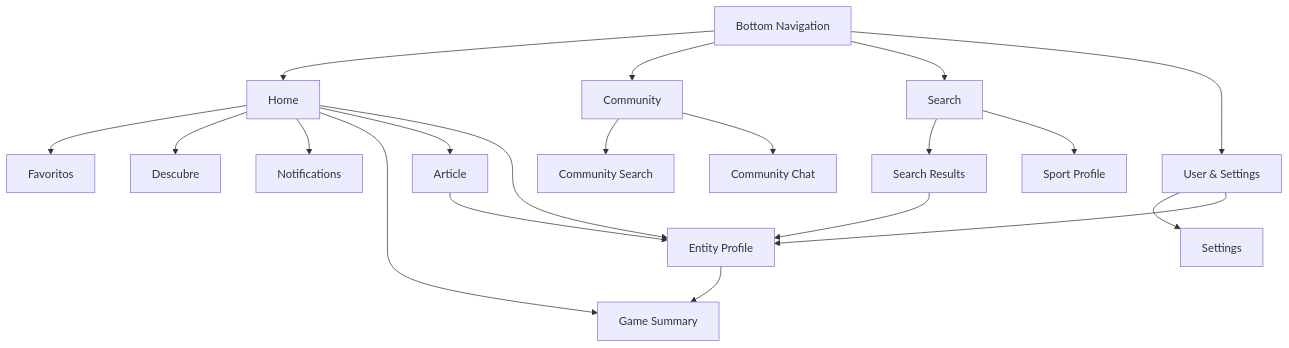
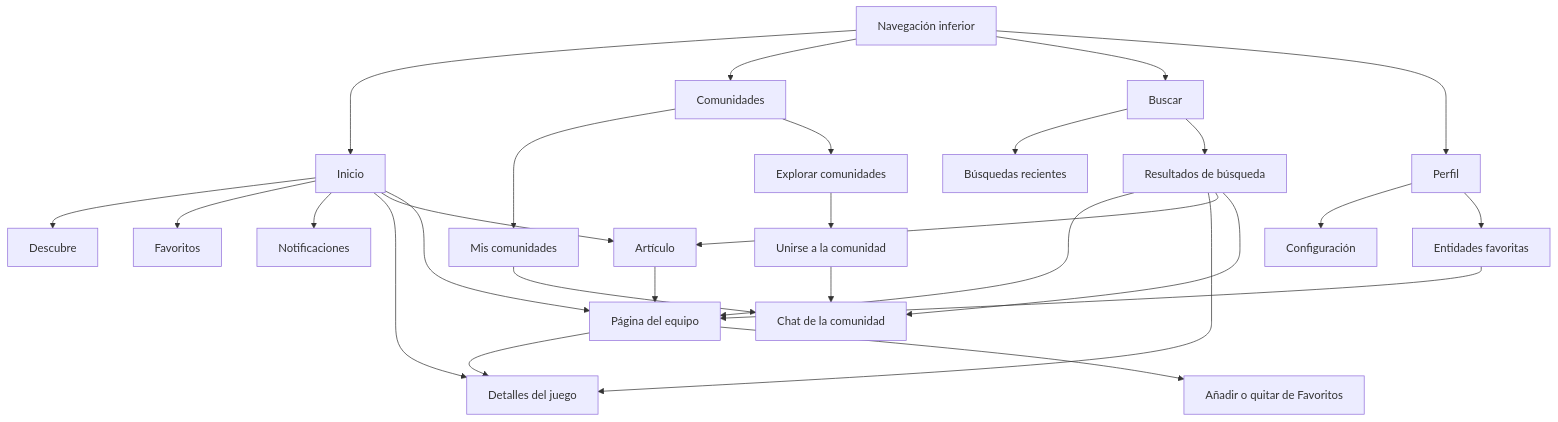
One commit to ernestosoto3/TDA changed the diagram in documentation/product/navigation_structure.md. Above: the diagram before and after it, drawn with Mermaid. The commit also changed other lines of this file and 18 other files, not shown here.

````diff
--- a/documentation/product/navigation_structure.md
+++ b/documentation/product/navigation_structure.md
@@ -12,29 +16,37 @@
 ```mermaid
 flowchart TD
-    Navigation["Bottom Navigation"]
+    Navigation["Navegación inferior"]
 
-    Navigation --> Home["Home"]
-    Navigation --> Community["Community"]
-    Navigation --> Search["Search"]
-    Navigation --> UserSettings["User & Settings"]
+    Navigation --> Home["Inicio"]
+    Navigation --> Community["Comunidades"]
+    Navigation --> Search["Buscar"]
+    Navigation --> Profile["Perfil"]
 
-    Home --> Following["Favoritos"]
     Home --> Discover["Descubre"]
-    Home --> Notifications["Notifications"]
-    Home --> GameSummary["Game Summary"]
-    Home --> Article["Article"]
-    Home --> EntityProfile["Entity Profile"]
+    Home --> Favorites["Favoritos"]
+    Home --> Notifications["Notificaciones"]
+    Home --> GameDetails["Detalles del juego"]
+    Home --> Article["Artículo"]
+    Home --> TeamPage["Página del equipo"]
 
-    Community --> CommunitySearch["Community Search"]
-    Community --> CommunityChat["Community Chat"]
+    Community --> MyCommunities["Mis comunidades"]
+    Community --> ExploreCommunities["Explorar comunidades"]
+    MyCommunities --> CommunityChat["Chat de la comunidad"]
+    ExploreCommunities --> JoinCommunity["Unirse a la comunidad"]
+    JoinCommunity --> CommunityChat
 
-    Search --> SearchResults["Search Results"]
-    SearchResults --> EntityProfile
-    Search --> SportProfile["Sport Profile"]
+    Search --> RecentSearches["Búsquedas recientes"]
+    Search --> SearchResults["Resultados de búsqueda"]
+    SearchResults --> TeamPage
+    SearchResults --> GameDetails
+    SearchResults --> Article
+    SearchResults --> CommunityChat
 
-    UserSettings --> Settings["Settings"]
-    UserSettings --> EntityProfile
+    Profile --> Settings["Configuración"]
+    Profile --> FavoriteEntities["Entidades favoritas"]
+    FavoriteEntities --> TeamPage
 
-    Article --> EntityProfile
-    EntityProfile --> GameSummary
+    Article --> TeamPage
+    TeamPage --> GameDetails
+    TeamPage --> FavoriteAction["Añadir o quitar de Favoritos"]
 ```
````
